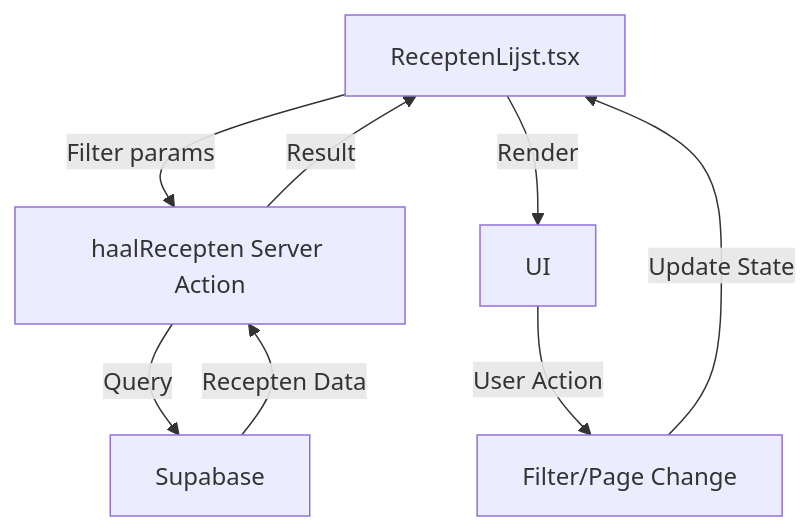
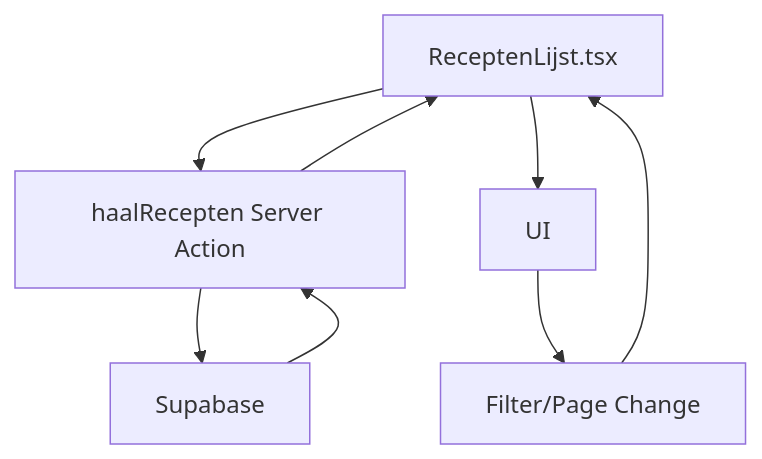
One commit to rob-erwt/recepten-app changed the second of 6 diagrams in docs/ARCHITECTURE.md. Above: the diagram before and after it, drawn with Mermaid. The commit also changed other lines of this file and 7 other files, not shown here.

````diff
--- a/docs/ARCHITECTURE.md
+++ b/docs/ARCHITECTURE.md
@@ -57,11 +57,11 @@
 ```mermaid
 flowchart TB
-    A[ReceptenLijst.tsx] -->|Filter params| B[haalRecepten Server Action]
-    B -->|Query| C[Supabase]
-    C -->|Recepten Data| B
-    B -->|Result| A
-    A -->|Render| D[UI]
+    A[ReceptenLijst.tsx] --> B[haalRecepten Server Action]
+    B --> C[Supabase]
+    C --> B
+    B --> A
+    A --> D[UI]
     
-    D -->|User Action| E[Filter/Page Change]
-    E -->|Update State| A
+    D --> E[Filter/Page Change]
+    E --> A
 ```
````
